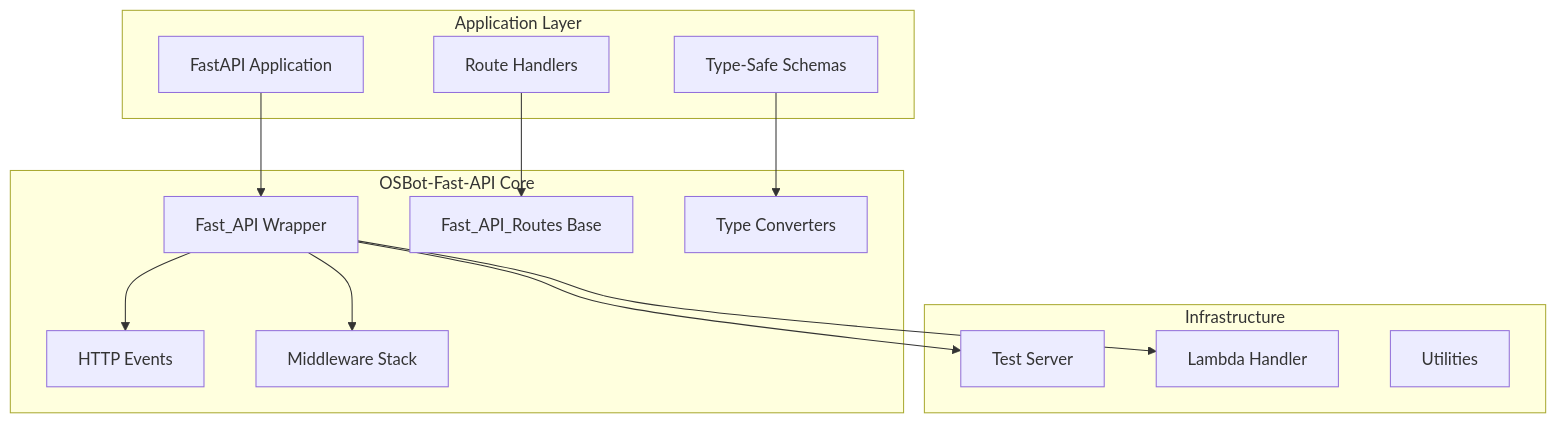
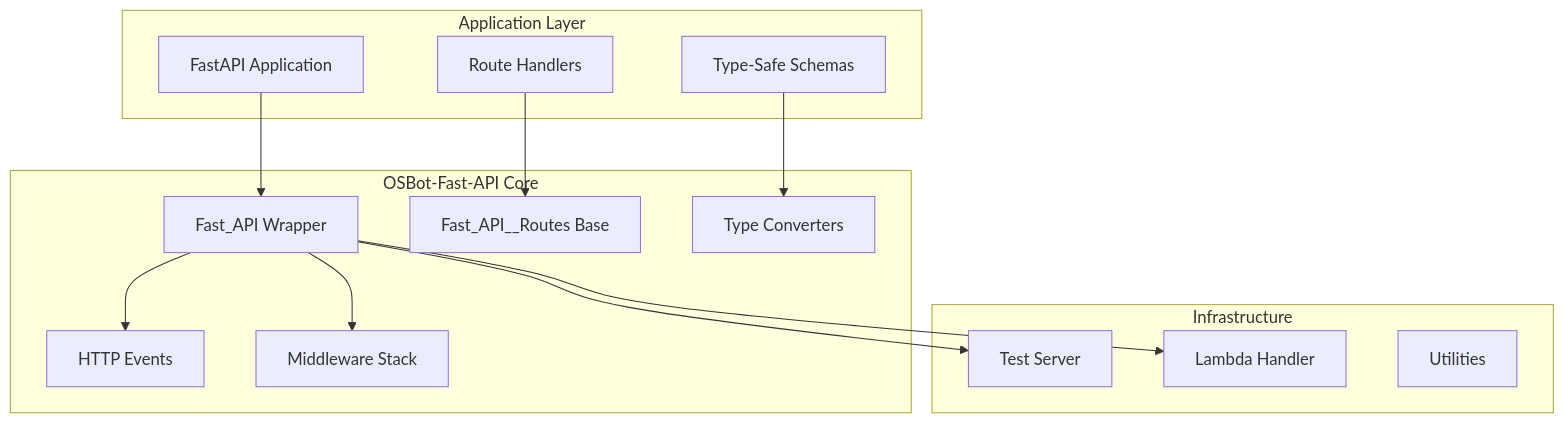
The diagram in docs/README.md (owasp-sbot/OSBot-Fast-API), drawn with Mermaid before and after one commit. The commit also changed other lines of this file and 21 other files, not shown here.

Commit message:
BREAKING Change, fixed Fast_API_Routes name, it is now Fast_API__Routes Fixed bug with tag (was over filtering) with now classes for it class Safe_Str__FastAPI__Route__Prefix , Safe_Str__FastAPI__Route__Tag

````diff
--- a/docs/README.md
+++ b/docs/README.md
@@ -32,30 +32,30 @@
 ```mermaid
 graph TB
     subgraph "Application Layer"
         APP[FastAPI Application]
         ROUTES[Route Handlers]
         SCHEMAS[Type-Safe Schemas]
     end
     
     subgraph "OSBot-Fast-API Core"
         FA[Fast_API Wrapper]
-        FAR[Fast_API_Routes Base]
+        FAR[Fast_API__Routes Base]
         TS[Type Converters]
         HE[HTTP Events]
         MW[Middleware Stack]
     end
     
     subgraph "Infrastructure"
         SERVER[Test Server]
         LAMBDA[Lambda Handler]
         UTILS[Utilities]
     end
     
     APP --> FA
     ROUTES --> FAR
     SCHEMAS --> TS
     FA --> HE
     FA --> MW
     FA --> SERVER
     FA --> LAMBDA
 ```
````
